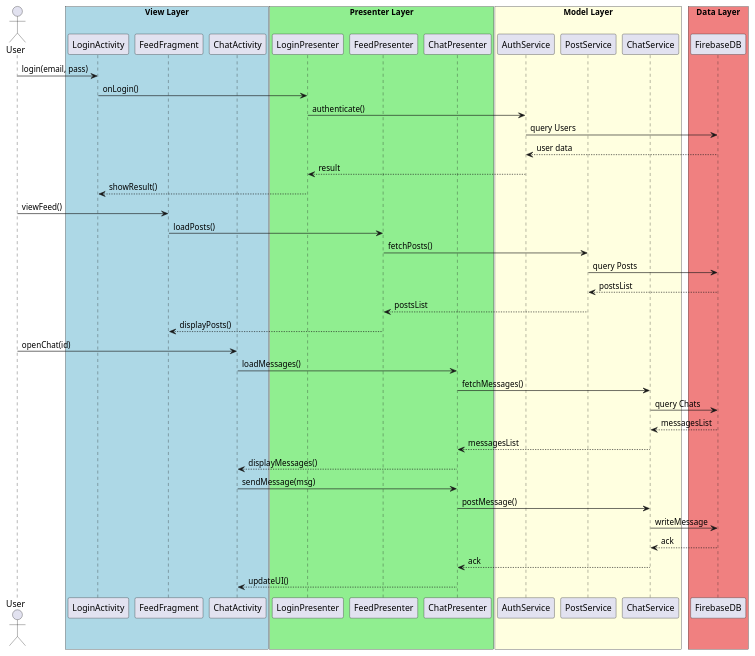
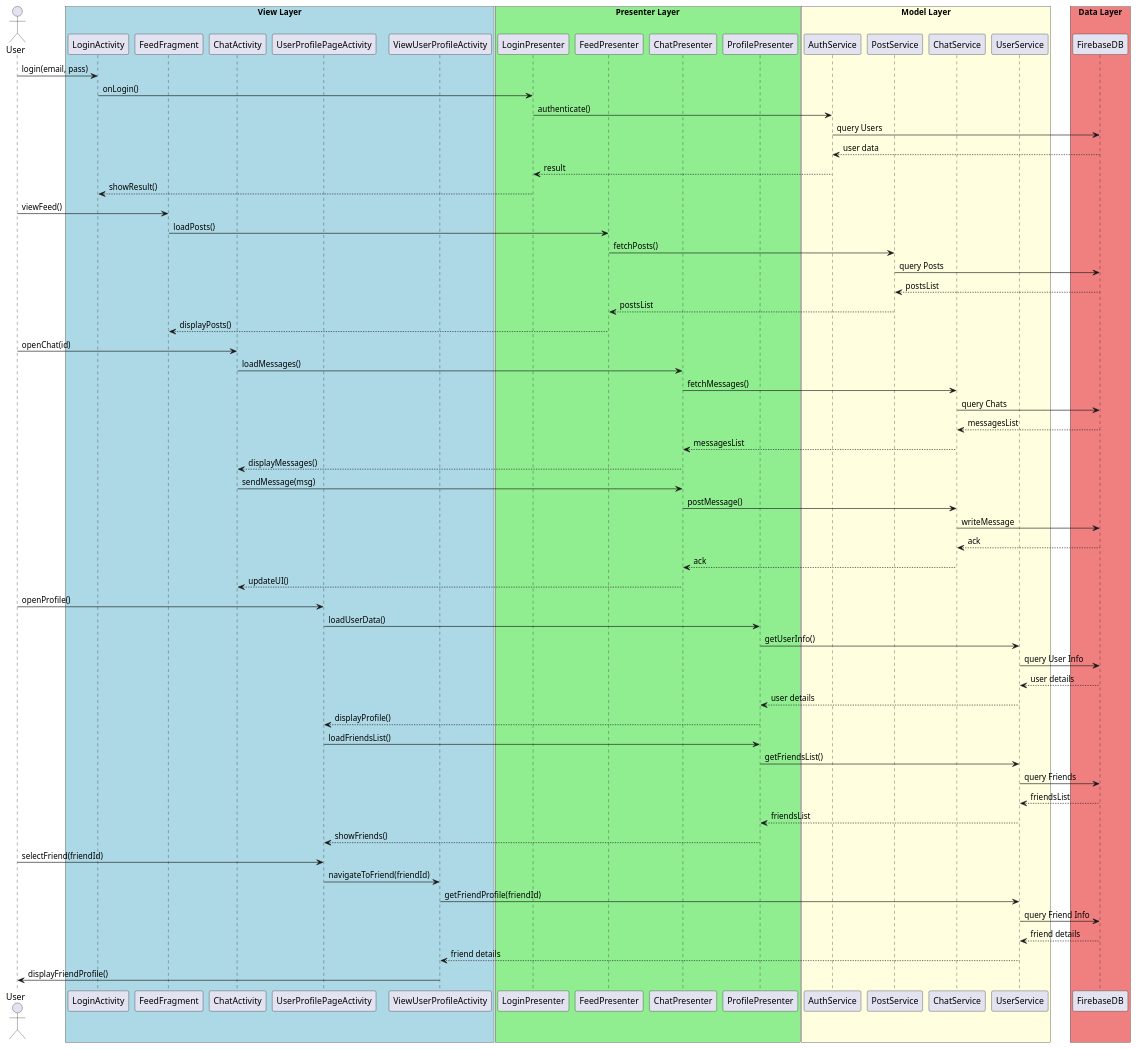
The diagram in app/sampledata/sequence_diagram.puml (AndreeaDraghici/Android-Social-Media-Platform), drawn with PlantUML before and after one commit. The commit also changed 13 other files, not shown here.

```diff
--- a/app/sampledata/sequence_diagram.puml
+++ b/app/sampledata/sequence_diagram.puml
@@ -1,62 +1,90 @@
 @startuml Simple_MVP_Flow
 skinparam sequenceDiagram {
   ArrowColor #4A90E2
   ActorBorderColor #333
   ParticipantBorderColor #555
 }
 
 actor User as User
 
 box "View Layer" #LightBlue
   participant LoginView as "LoginActivity"
   participant FeedView as "FeedFragment"
   participant ChatView as "ChatActivity"
+  participant ProfileView as "UserProfilePageActivity"
+  participant FriendProfileView as "ViewUserProfileActivity"
 end box
 
 box "Presenter Layer" #LightGreen
   participant LoginPresenter
   participant FeedPresenter
   participant ChatPresenter
+  participant ProfilePresenter
 end box
 
 box "Model Layer" #LightYellow
   participant AuthModel as "AuthService"
   participant PostModel as "PostService"
   participant ChatModel as "ChatService"
+  participant UserModel as "UserService"
 end box
 
 box "Data Layer" #LightCoral
   participant FirebaseDB
 end box
 
 User -> LoginView : login(email, pass)
 LoginView -> LoginPresenter : onLogin()
 LoginPresenter -> AuthModel : authenticate()
 AuthModel -> FirebaseDB : query Users
 FirebaseDB --> AuthModel : user data
 AuthModel --> LoginPresenter : result
 LoginPresenter --> LoginView : showResult()
 
 User -> FeedView : viewFeed()
 FeedView -> FeedPresenter : loadPosts()
 FeedPresenter -> PostModel : fetchPosts()
 PostModel -> FirebaseDB : query Posts
 FirebaseDB --> PostModel : postsList
 PostModel --> FeedPresenter : postsList
 FeedPresenter --> FeedView : displayPosts()
 
 User -> ChatView : openChat(id)
 ChatView -> ChatPresenter : loadMessages()
 ChatPresenter -> ChatModel : fetchMessages()
 ChatModel -> FirebaseDB : query Chats
 FirebaseDB --> ChatModel : messagesList
 ChatModel --> ChatPresenter : messagesList
 ChatPresenter --> ChatView : displayMessages()
 
 ChatView -> ChatPresenter : sendMessage(msg)
 ChatPresenter -> ChatModel : postMessage()
 ChatModel -> FirebaseDB : writeMessage
 FirebaseDB --> ChatModel : ack
 ChatModel --> ChatPresenter : ack
 ChatPresenter --> ChatView : updateUI()
+
+User -> ProfileView : openProfile()
+ProfileView -> ProfilePresenter : loadUserData()
+ProfilePresenter -> UserModel : getUserInfo()
+UserModel -> FirebaseDB : query User Info
+FirebaseDB --> UserModel : user details
+UserModel --> ProfilePresenter : user details
+ProfilePresenter --> ProfileView : displayProfile()
+
+ProfileView -> ProfilePresenter : loadFriendsList()
+ProfilePresenter -> UserModel : getFriendsList()
+UserModel -> FirebaseDB : query Friends
+FirebaseDB --> UserModel : friendsList
+UserModel --> ProfilePresenter : friendsList
+ProfilePresenter --> ProfileView : showFriends()
+
+User -> ProfileView : selectFriend(friendId)
+ProfileView -> FriendProfileView : navigateToFriend(friendId)
+FriendProfileView -> UserModel : getFriendProfile(friendId)
+UserModel -> FirebaseDB : query Friend Info
+FirebaseDB --> UserModel : friend details
+UserModel --> FriendProfileView : friend details
+FriendProfileView -> User : displayFriendProfile()
+
 @enduml
```
